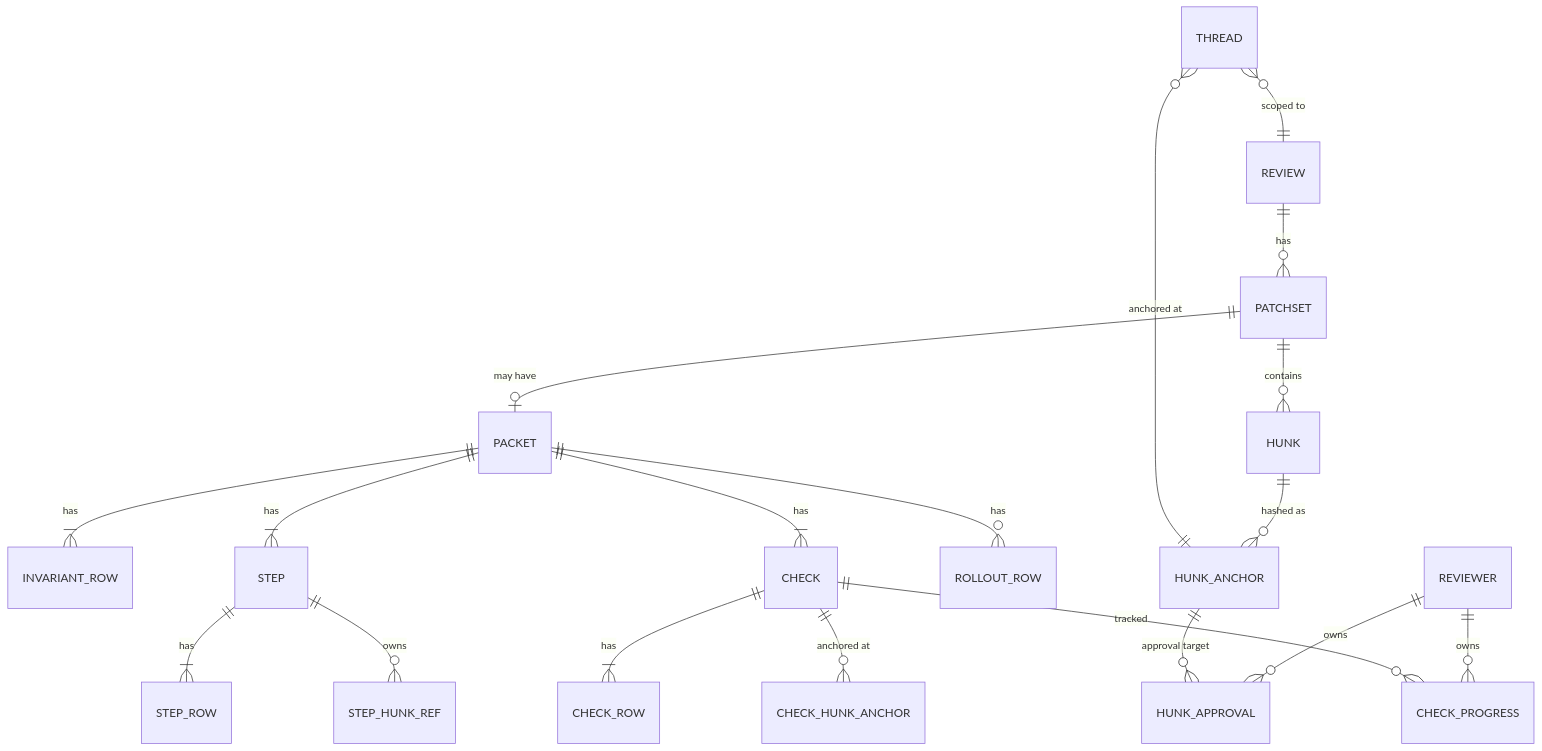
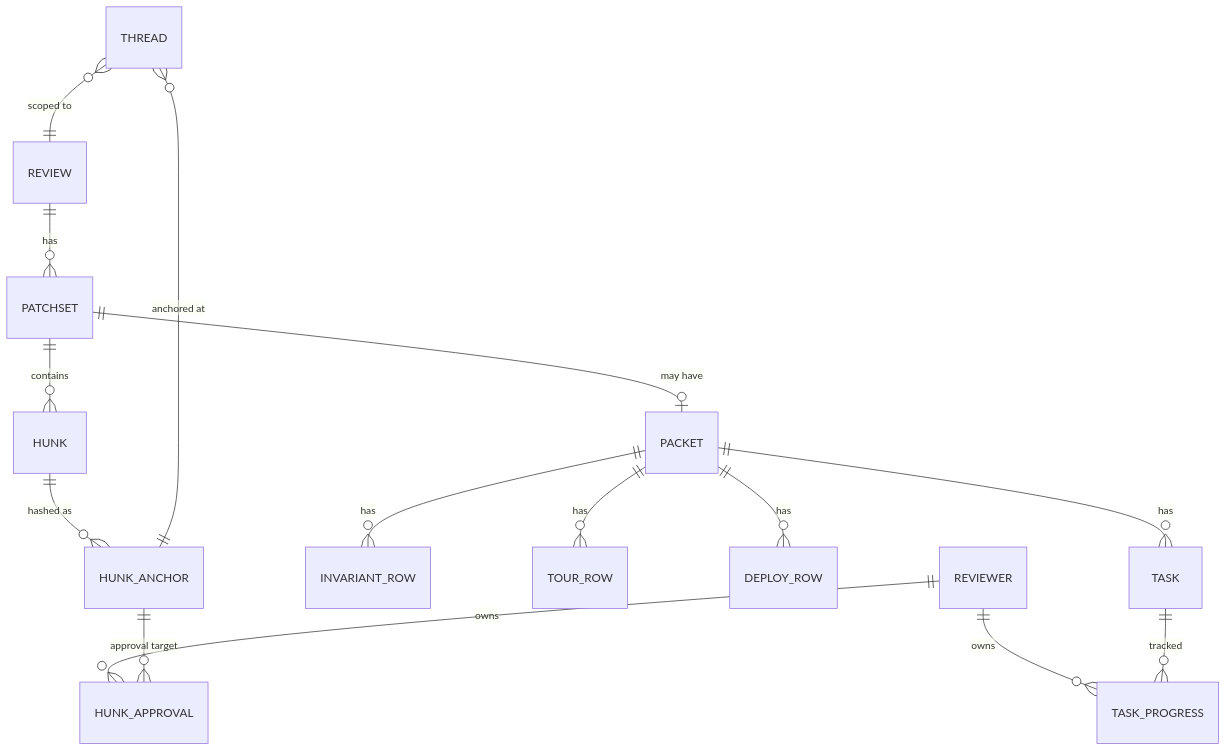
Before and after one commit to figitaki/reviews: the second of 4 diagrams in .plans/review-packet-spec.md, drawn with Mermaid. The commit also changed other lines of this file and 2 other files, not shown here.

First line of the commit message:
Drop MDX leftovers + draft state + SQLite from MVP; add vocab + anchor algorithm

````diff
--- a/.plans/review-packet-spec.md
+++ b/.plans/review-packet-spec.md
@@ -49,23 +107,20 @@
 ```mermaid
 erDiagram
     REVIEW ||--o{ PATCHSET : has
     PATCHSET ||--o| PACKET : "may have"
     PATCHSET ||--o{ HUNK : contains
-    PACKET ||--|{ INVARIANT_ROW : has
-    PACKET ||--|{ STEP : has
-    PACKET ||--|{ CHECK : has
-    PACKET ||--o{ ROLLOUT_ROW : has
-    STEP ||--|{ STEP_ROW : has
-    STEP ||--o{ STEP_HUNK_REF : owns
-    CHECK ||--|{ CHECK_ROW : has
-    CHECK ||--o{ CHECK_HUNK_ANCHOR : "anchored at"
     HUNK ||--o{ HUNK_ANCHOR : "hashed as"
+
+    PACKET ||--o{ INVARIANT_ROW : has
+    PACKET ||--o{ TOUR_ROW : has
+    PACKET ||--o{ DEPLOY_ROW : has
+    PACKET ||--o{ TASK : has
 
     THREAD }o--|| HUNK_ANCHOR : "anchored at"
     THREAD }o--|| REVIEW : "scoped to"
 
-    REVIEWER ||--o{ CHECK_PROGRESS : owns
-    CHECK ||--o{ CHECK_PROGRESS : tracked
+    REVIEWER ||--o{ TASK_PROGRESS : owns
+    TASK ||--o{ TASK_PROGRESS : tracked
     REVIEWER ||--o{ HUNK_APPROVAL : owns
     HUNK_ANCHOR ||--o{ HUNK_APPROVAL : "approval target"
 ```
````
